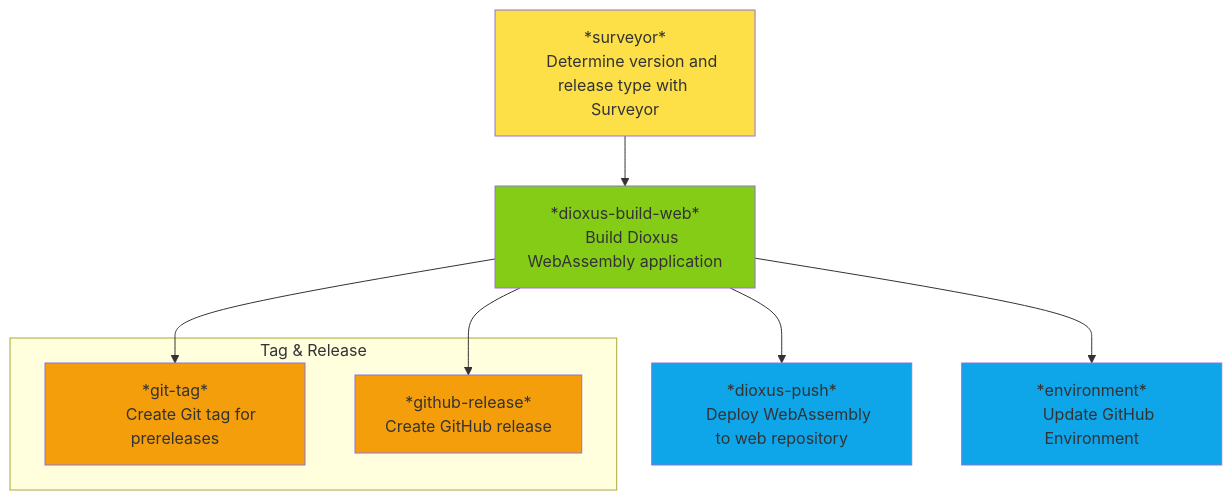
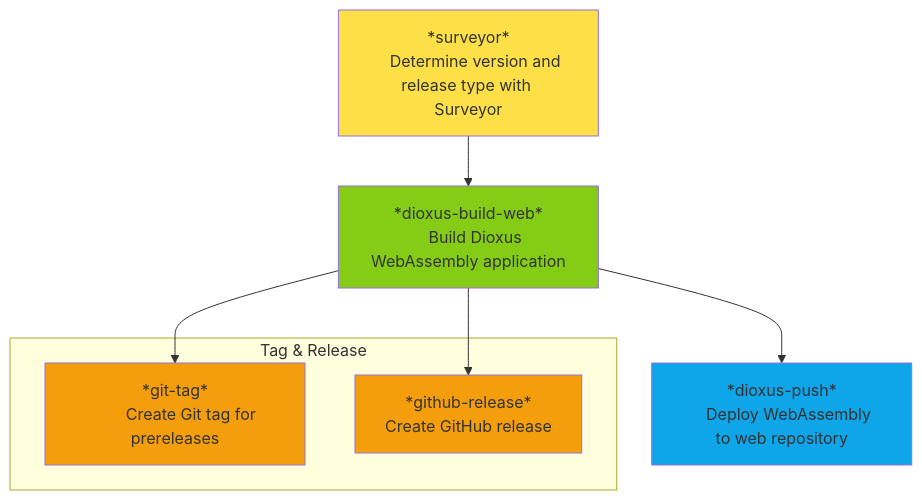
One commit to StudioLE/Actions changed the third of 4 diagrams in README.md. Above: the diagram before and after it, drawn with Mermaid. The commit also changed other lines of this file and 6 other files, not shown here.

````diff
--- a/README.md
+++ b/README.md
@@ -137,35 +137,31 @@
 ```mermaid
 flowchart TD
     surveyor[*surveyor*
     Determine version and release type with Surveyor]:::SURVEYOR
 
     dioxus-build-web[*dioxus-build-web*
     Build Dioxus WebAssembly application]:::BUILD
 
     subgraph TAG[Tag & Release]
         git-tag[*git-tag*
         Create Git tag for prereleases]:::RELEASE
         github-release[*github-release*
         Create GitHub release]:::RELEASE
     end
 
     dioxus-push[*dioxus-push*
     Deploy WebAssembly to web repository]:::PUSH
 
-    environment[*environment*
-    Update GitHub Environment]:::PUSH
-
     %% Main workflow connections
     surveyor --> dioxus-build-web
 
     dioxus-build-web --> git-tag
     dioxus-build-web --> github-release
     dioxus-build-web --> dioxus-push
-    dioxus-build-web --> environment
 
     %% Styling with Tailwind colors
     classDef SURVEYOR fill:#fde047
     classDef BUILD fill:#84cc16
     classDef RELEASE fill:#f59e0b
     classDef PUSH fill:#0ea5e9
 ```
````
